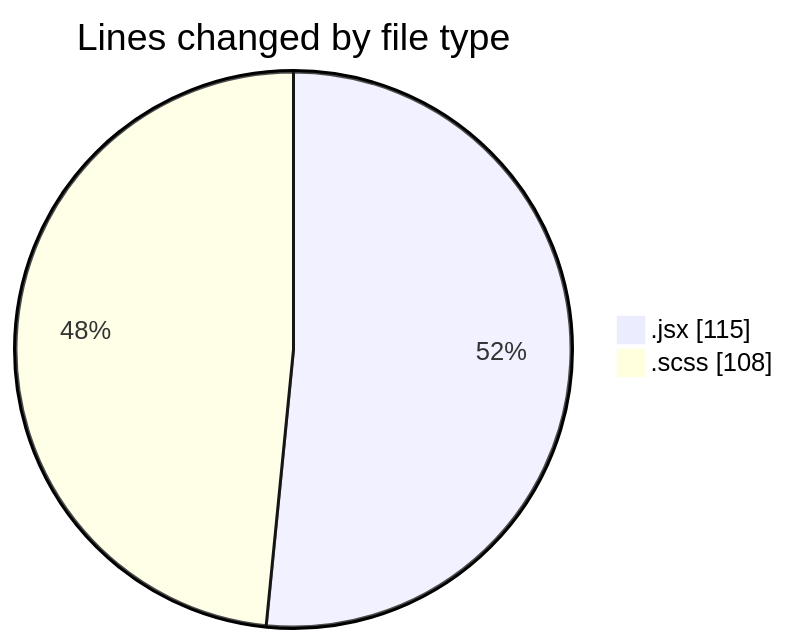
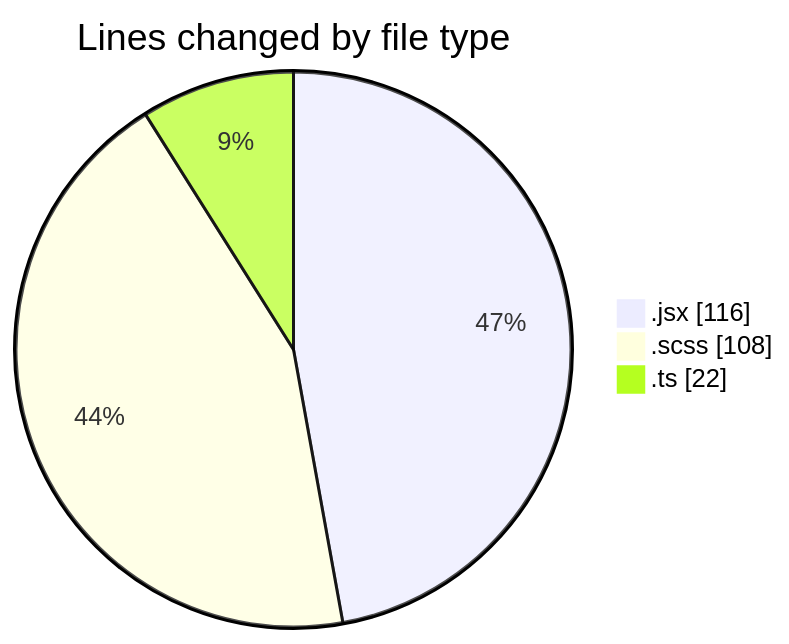
One commit to momahboobian/code-tracking changed the first of 2 diagrams in 2026-09-01/cda/README.md. Above: the diagram before and after it, drawn with Mermaid. The commit also changed other lines of this file and 1 other file, not shown here.

````diff
--- a/2026-09-01/cda/README.md
+++ b/2026-09-01/cda/README.md
@@ -23,6 +24,7 @@
 ```mermaid
 pie showData
 title Lines changed by file type
-".jsx" : 115
+".jsx" : 116
 ".scss" : 108
+".ts" : 22
 ```
````
